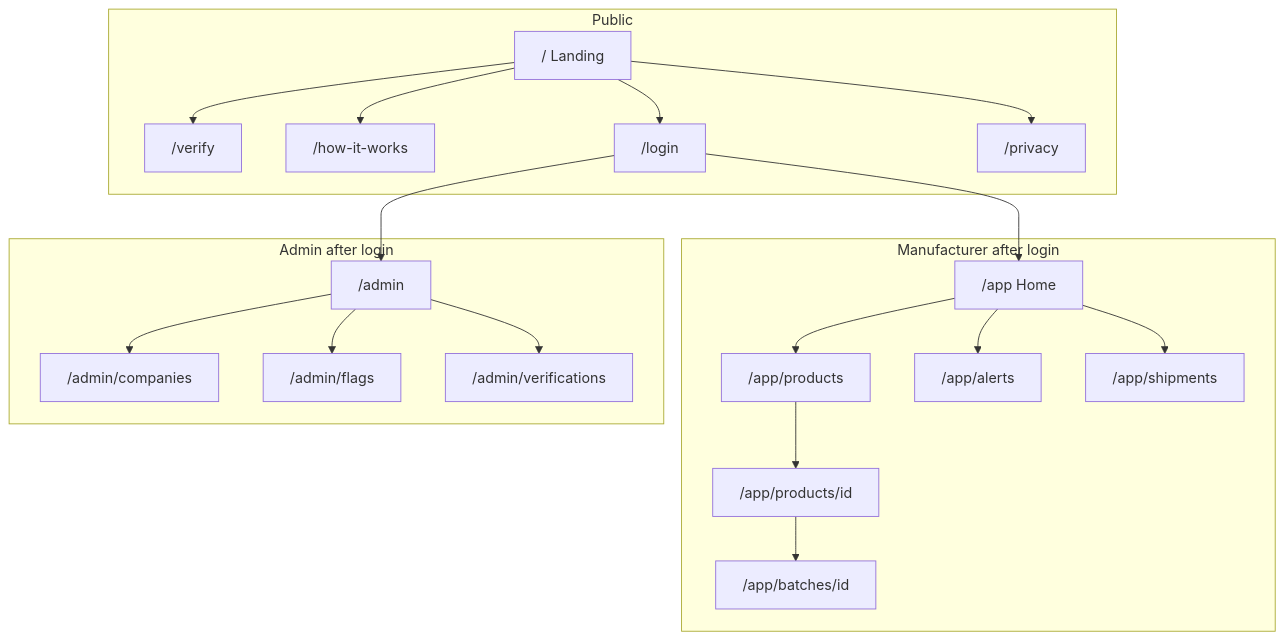
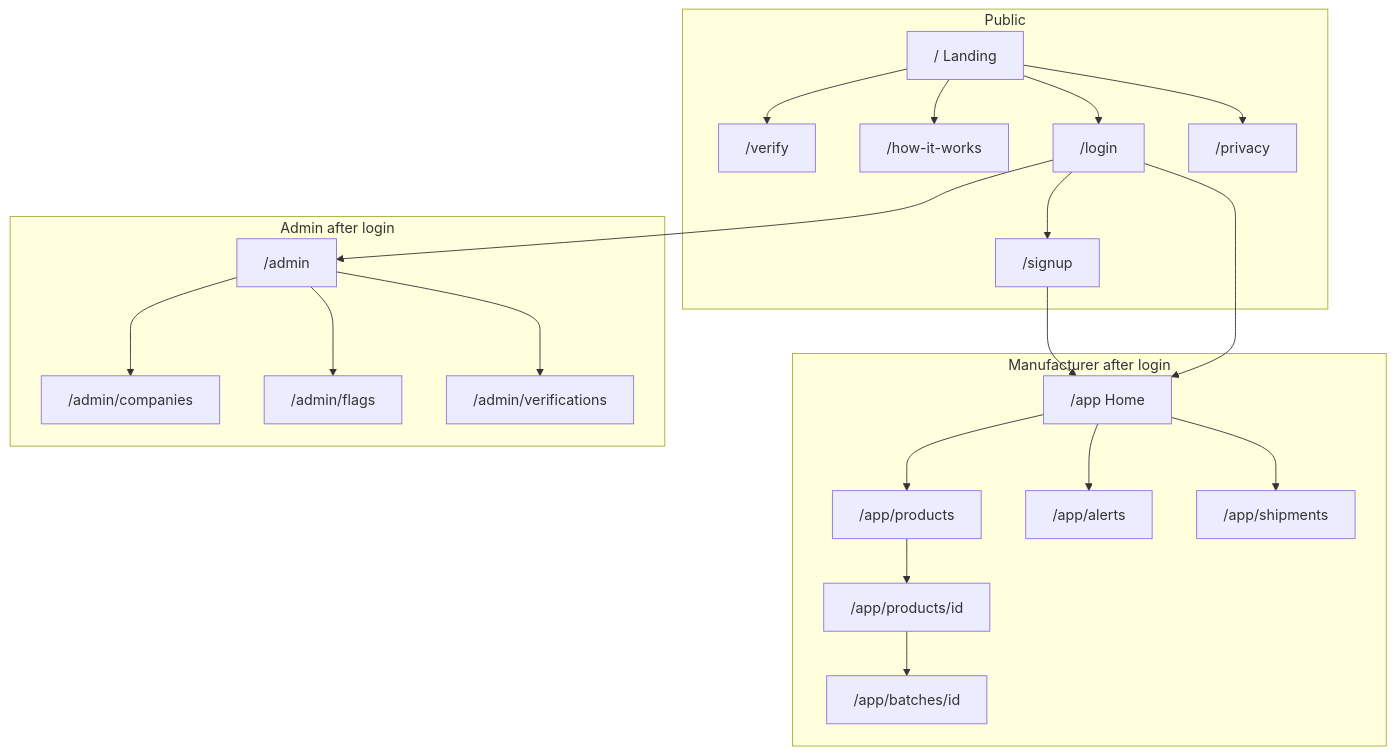
Before and after one commit to kebs123/atf: the diagram in FRONTEND.md, drawn with Mermaid. The commit also changed other lines of this file and 36 other files, not shown here.

````diff
--- a/FRONTEND.md
+++ b/FRONTEND.md
@@ -24,41 +105,44 @@
 ```mermaid
 flowchart TB
   subgraph public [Public]
     Home["/ Landing"]
     Verify["/verify"]
     How["/how-it-works"]
     Login["/login"]
+    Signup["/signup"]
     Privacy["/privacy"]
   end
 
   subgraph mfr [Manufacturer after login]
     App["/app Home"]
     Products["/app/products"]
     Product["/app/products/id"]
     Batch["/app/batches/id"]
     Alerts["/app/alerts"]
     Ship["/app/shipments"]
   end
 
   subgraph adm [Admin after login]
     AdminHome["/admin"]
     Cos["/admin/companies"]
     Flags["/admin/flags"]
     Vlog["/admin/verifications"]
   end
 
   Home --> Verify
   Home --> Login
   Home --> How
   Home --> Privacy
+  Login --> Signup
+  Signup --> App
   Login --> App
   Login --> AdminHome
   App --> Products
   Products --> Product
   Product --> Batch
   App --> Alerts
   App --> Ship
   AdminHome --> Cos
   AdminHome --> Flags
   AdminHome --> Vlog
 ```
````
